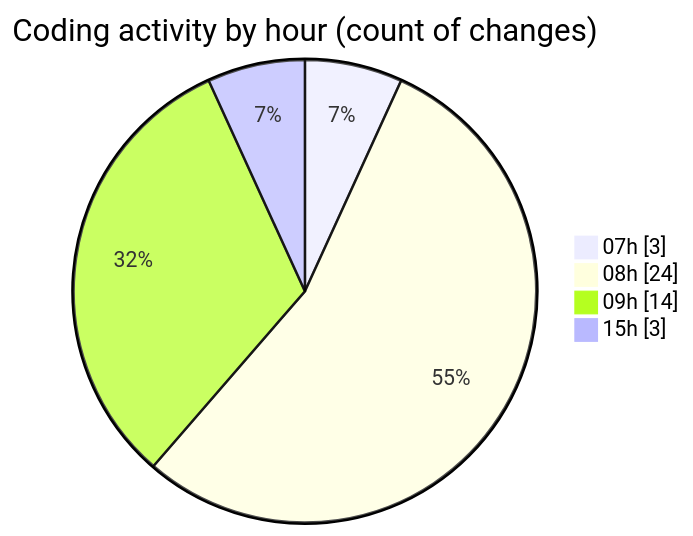
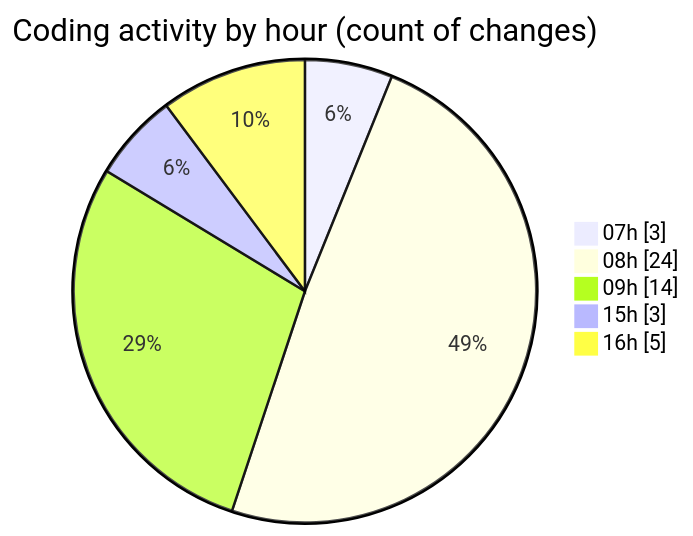
One commit to MatusMokan/code-tracking changed the second of 2 diagrams in 2025-05-07/myws__workspace_/README.md. Above: the diagram before and after it, drawn with Mermaid. The commit also changed other lines of this file and 1 other file, not shown here.

````diff
--- a/2025-05-07/myws__workspace_/README.md
+++ b/2025-05-07/myws__workspace_/README.md
@@ -30,8 +30,9 @@
 ```mermaid
 pie showData
 title Coding activity by hour (count of changes)
 "07h" : 3
 "08h" : 24
 "09h" : 14
 "15h" : 3
+"16h" : 5
 ```
````
